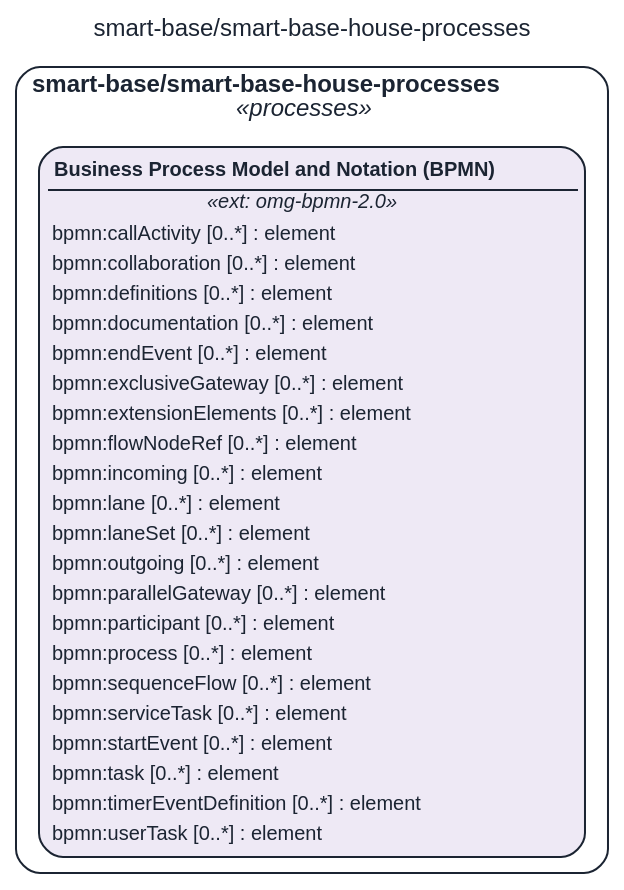
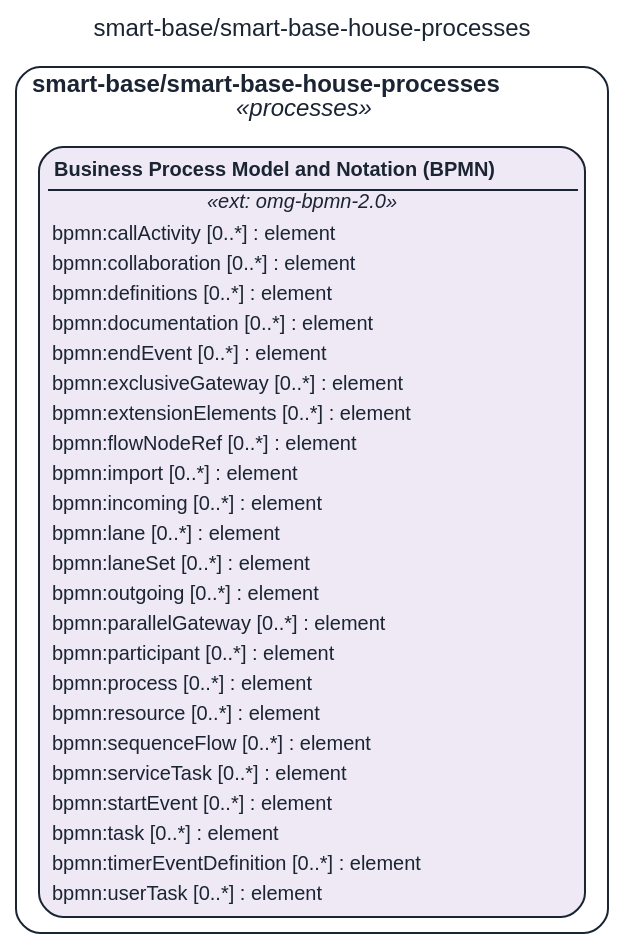
Before and after one commit to litlfred/folio-assistant: the diagram in STAGING/claude-repin-urat-2026-10-20/assets/img/uml/overview/smart-base/smart-base-house-processes.dot, drawn with Graphviz. The commit also changed 2126 other files, not shown here.

```diff
--- a/STAGING/claude-repin-urat-2026-10-20/assets/img/uml/overview/smart-base/smart-base-house-processes.dot
+++ b/STAGING/claude-repin-urat-2026-10-20/assets/img/uml/overview/smart-base/smart-base-house-processes.dot
@@ -1,11 +1,11 @@
 // GENERATED by cat-harness-tools/scripts/gen-uml-overview.ts — do not edit.
 // Rendered page (interactive view, same model): https://litlfred.github.io/folio-assistant/uml/overview/smart-base/smart-base-house-processes.html
 digraph "smart_base_smart_base_house_processes" {
   graph [label="smart-base/smart-base-house-processes", labelloc=t, fontname="Helvetica", fontsize=12, fontcolor="#1b2432", newrank=true, ratio=auto, nodesep=0.3, ranksep=0.5, bgcolor="transparent"];
   node [shape=box, style="rounded,filled", margin=0.05, fontname="Helvetica", fontsize=10, color="#1b2432", fontcolor="#1b2432"];
   edge [color="#1b2432", fontcolor="#1b2432", fontname="Helvetica", fontsize=9];
   subgraph "cluster_pkg_smart_base_smart_base_house_processes" {
     label=<<b>smart-base/smart-base-house-processes</b><br/><i>«processes»</i>>; style="rounded"; color="#1b2432"; class="fa_uml_subgraph";
-    "smart_base_smart_base_house_processes_omg_bpmn_2_0" [fillcolor="#eee9f5", class="fa_uml_kind_processes", label=<<table border="0" cellborder="0" cellspacing="0" cellpadding="2"><tr><td border="1" sides="b"><b>Business Process Model and Notation (BPMN)</b></td></tr><tr><td><i>«ext: omg-bpmn-2.0»</i></td></tr><tr><td align="left">bpmn:callActivity [0..*] : element</td></tr><tr><td align="left">bpmn:collaboration [0..*] : element</td></tr><tr><td align="left">bpmn:definitions [0..*] : element</td></tr><tr><td align="left">bpmn:documentation [0..*] : element</td></tr><tr><td align="left">bpmn:endEvent [0..*] : element</td></tr><tr><td align="left">bpmn:exclusiveGateway [0..*] : element</td></tr><tr><td align="left">bpmn:extensionElements [0..*] : element</td></tr><tr><td align="left">bpmn:flowNodeRef [0..*] : element</td></tr><tr><td align="left">bpmn:incoming [0..*] : element</td></tr><tr><td align="left">bpmn:lane [0..*] : element</td></tr><tr><td align="left">bpmn:laneSet [0..*] : element</td></tr><tr><td align="left">bpmn:outgoing [0..*] : element</td></tr><tr><td align="left">bpmn:parallelGateway [0..*] : element</td></tr><tr><td align="left">bpmn:participant [0..*] : element</td></tr><tr><td align="left">bpmn:process [0..*] : element</td></tr><tr><td align="left">bpmn:sequenceFlow [0..*] : element</td></tr><tr><td align="left">bpmn:serviceTask [0..*] : element</td></tr><tr><td align="left">bpmn:startEvent [0..*] : element</td></tr><tr><td align="left">bpmn:task [0..*] : element</td></tr><tr><td align="left">bpmn:timerEventDefinition [0..*] : element</td></tr><tr><td align="left">bpmn:userTask [0..*] : element</td></tr></table>>];
+    "smart_base_smart_base_house_processes_omg_bpmn_2_0" [fillcolor="#eee9f5", class="fa_uml_kind_processes", label=<<table border="0" cellborder="0" cellspacing="0" cellpadding="2"><tr><td border="1" sides="b"><b>Business Process Model and Notation (BPMN)</b></td></tr><tr><td><i>«ext: omg-bpmn-2.0»</i></td></tr><tr><td align="left">bpmn:callActivity [0..*] : element</td></tr><tr><td align="left">bpmn:collaboration [0..*] : element</td></tr><tr><td align="left">bpmn:definitions [0..*] : element</td></tr><tr><td align="left">bpmn:documentation [0..*] : element</td></tr><tr><td align="left">bpmn:endEvent [0..*] : element</td></tr><tr><td align="left">bpmn:exclusiveGateway [0..*] : element</td></tr><tr><td align="left">bpmn:extensionElements [0..*] : element</td></tr><tr><td align="left">bpmn:flowNodeRef [0..*] : element</td></tr><tr><td align="left">bpmn:import [0..*] : element</td></tr><tr><td align="left">bpmn:incoming [0..*] : element</td></tr><tr><td align="left">bpmn:lane [0..*] : element</td></tr><tr><td align="left">bpmn:laneSet [0..*] : element</td></tr><tr><td align="left">bpmn:outgoing [0..*] : element</td></tr><tr><td align="left">bpmn:parallelGateway [0..*] : element</td></tr><tr><td align="left">bpmn:participant [0..*] : element</td></tr><tr><td align="left">bpmn:process [0..*] : element</td></tr><tr><td align="left">bpmn:resource [0..*] : element</td></tr><tr><td align="left">bpmn:sequenceFlow [0..*] : element</td></tr><tr><td align="left">bpmn:serviceTask [0..*] : element</td></tr><tr><td align="left">bpmn:startEvent [0..*] : element</td></tr><tr><td align="left">bpmn:task [0..*] : element</td></tr><tr><td align="left">bpmn:timerEventDefinition [0..*] : element</td></tr><tr><td align="left">bpmn:userTask [0..*] : element</td></tr></table>>];
   }
 }
```
